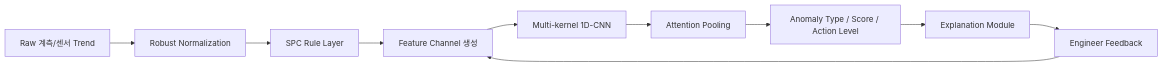
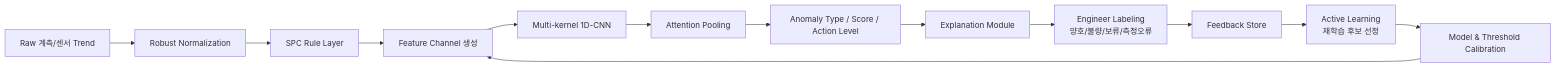
The first of 9 diagrams in presentation.md (mangotengcherry/trend_detect), drawn with Mermaid before and after one commit. The commit also changed other lines of this file, not shown here.

Commit message:
Add human-in-the-loop active learning process

````diff
--- a/presentation.md
+++ b/presentation.md
@@ -14,12 +14,15 @@
 ```mermaid
 flowchart LR
     A["Raw 계측/센서 Trend"] --> B["Robust Normalization"]
     B --> C["SPC Rule Layer"]
     C --> D["Feature Channel 생성"]
     D --> E["Multi-kernel 1D-CNN"]
     E --> F["Attention Pooling"]
     F --> G["Anomaly Type / Score / Action Level"]
     G --> H["Explanation Module"]
-    H --> I["Engineer Feedback"]
-    I --> D
+    H --> I["Engineer Labeling\n양호/불량/보류/측정오류"]
+    I --> J["Feedback Store"]
+    J --> K["Active Learning\n재학습 후보 선정"]
+    K --> L["Model & Threshold Calibration"]
+    L --> D
 ```
````
